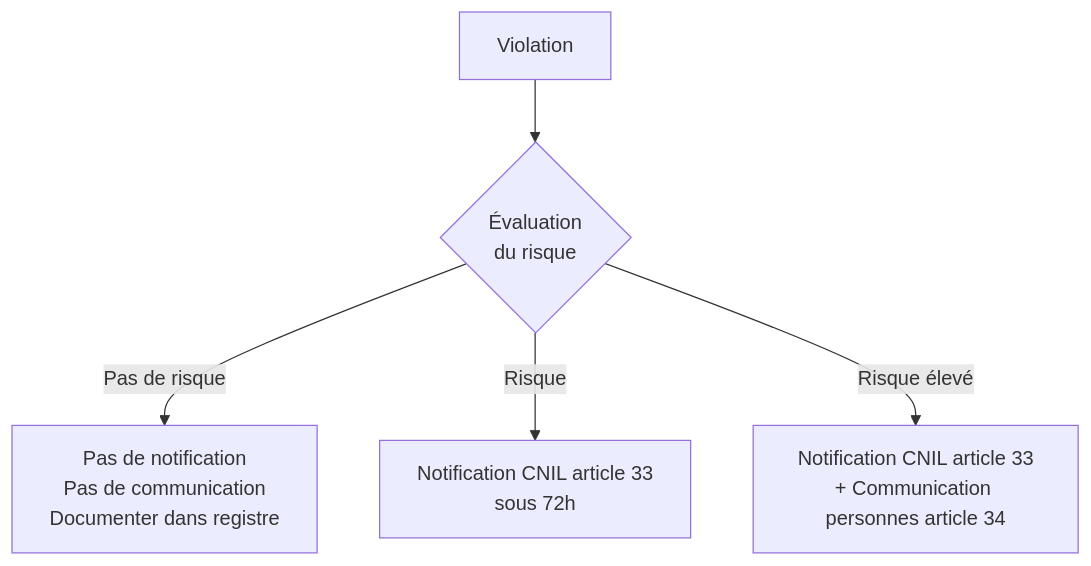
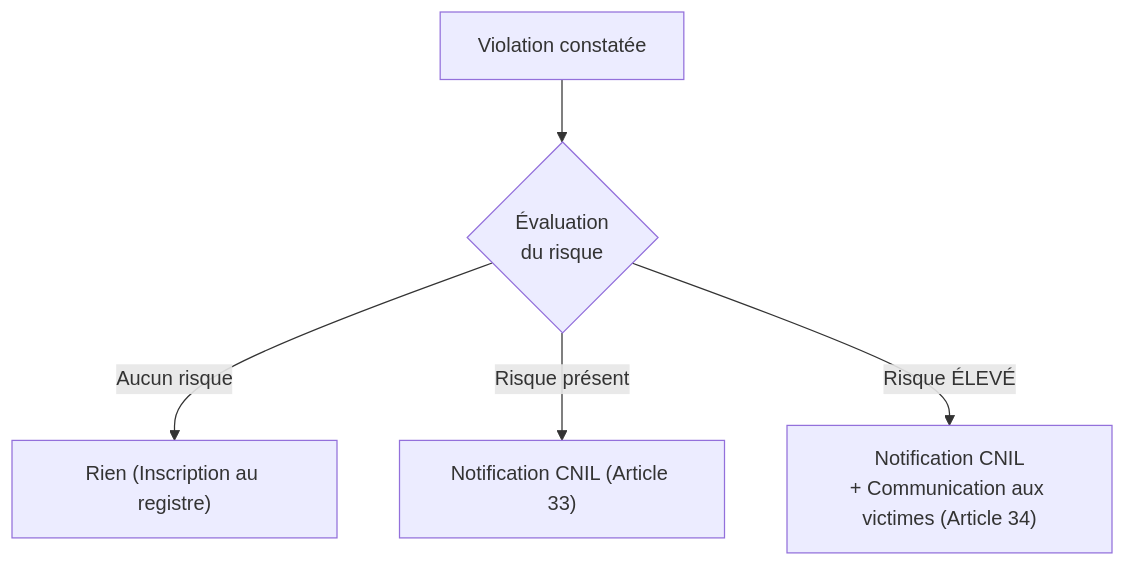
The sixth of 7 diagrams in docs/cursus-forensic/01-cycle-0-fondations/module-1-legislation/08-rgpd-articles-32-33-34.md (zyrass/omnydocs), drawn with Mermaid before and after one commit. The commit also changed other lines of this file and 171 other files, not shown here.

````diff
--- a/docs/cursus-forensic/01-cycle-0-fondations/module-1-legislation/08-rgpd-articles-32-33-34.md
+++ b/docs/cursus-forensic/01-cycle-0-fondations/module-1-legislation/08-rgpd-articles-32-33-34.md
@@ -411,7 +284,7 @@
 ```mermaid
 flowchart TB
-    A[Violation] --> B{Évaluation<br>du risque}
-    B -->|Pas de risque| C[Pas de notification<br>Pas de communication<br>Documenter dans registre]
-    B -->|Risque| D[Notification CNIL article 33<br>sous 72h]
-    B -->|Risque élevé| E[Notification CNIL article 33<br>+ Communication personnes article 34]
+    A["Violation constatée"] --> B{"Évaluation<br>du risque"}
+    B -->|"Aucun risque"| C["Rien (Inscription au registre)"]
+    B -->|"Risque présent"| D["Notification CNIL (Article 33)"]
+    B -->|"Risque ÉLEVÉ"| E["Notification CNIL<br>+ Communication aux victimes (Article 34)"]
 ```
````
